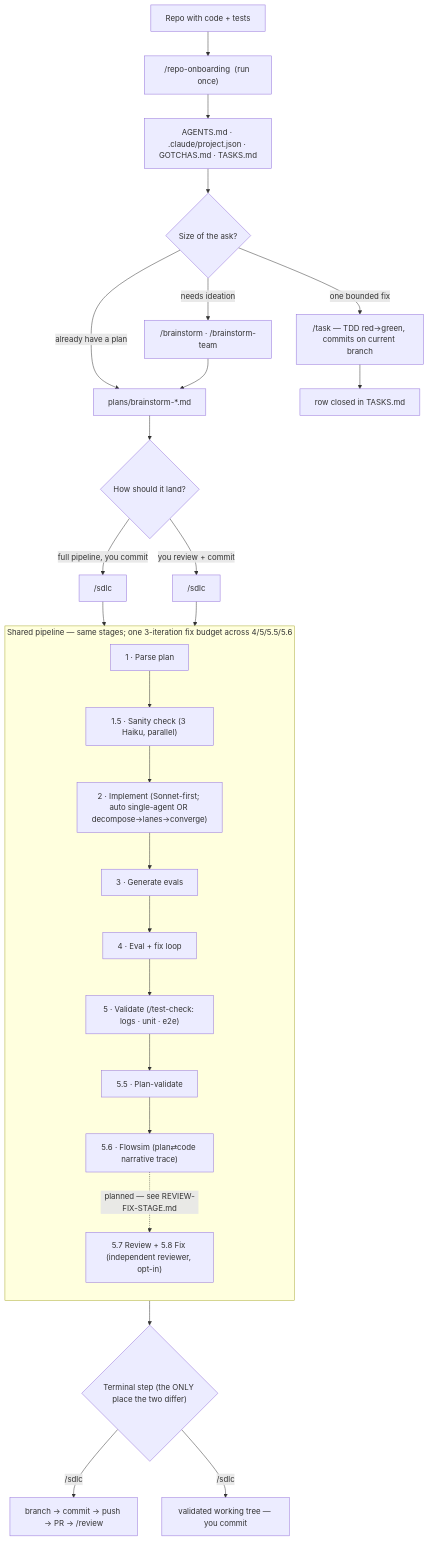
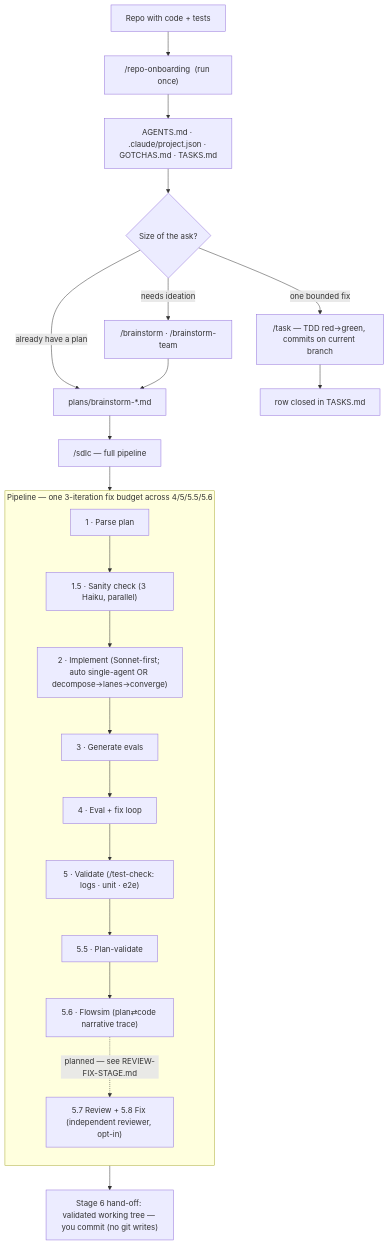
One commit to exerias21/brainstorm-toolkit changed the diagram in docs/FLOW.md. Above: the diagram before and after it, drawn with Mermaid. The commit also changed other lines of this file and 42 other files, not shown here.

````diff
--- a/docs/FLOW.md
+++ b/docs/FLOW.md
@@ -23,32 +23,27 @@
 ```mermaid
 flowchart TD
     R["Repo with code + tests"] --> ONB["/repo-onboarding  (run once)"]
     ONB --> CFG["AGENTS.md · .claude/project.json · GOTCHAS.md · TASKS.md"]
     CFG --> PICK{"Size of the ask?"}
 
     PICK -->|"one bounded fix"| TASK["/task — TDD red→green, commits on current branch"]
     PICK -->|"needs ideation"| BS["/brainstorm · /brainstorm-team"]
     PICK -->|"already have a plan"| PLAN["plans/brainstorm-*.md"]
     BS --> PLAN
 
-    PLAN --> DELIV{"How should it land?"}
-    DELIV -->|"full pipeline, you commit"| SDLC["/sdlc"]
-    DELIV -->|"you review + commit"| LITE["/sdlc"]
+    PLAN --> SDLC["/sdlc — full pipeline"]
     SDLC --> PIPE
-    LITE --> PIPE
 
-    subgraph PIPE ["Shared pipeline — same stages; one 3-iteration fix budget across 4/5/5.5/5.6"]
+    subgraph PIPE ["Pipeline — one 3-iteration fix budget across 4/5/5.5/5.6"]
       direction TB
       S1["1 · Parse plan"] --> S15["1.5 · Sanity check (3 Haiku, parallel)"]
       S15 --> S2["2 · Implement (Sonnet-first; auto single-agent OR decompose→lanes→converge)"]
       S2 --> S3["3 · Generate evals"] --> S4["4 · Eval + fix loop"]
       S4 --> S5["5 · Validate (/test-check: logs · unit · e2e)"] --> S55["5.5 · Plan-validate"]
       S55 --> S56["5.6 · Flowsim (plan⇄code narrative trace)"]
       S56 -. "planned — see REVIEW-FIX-STAGE.md" .-> S57["5.7 Review + 5.8 Fix (independent reviewer, opt-in)"]
     end
 
-    PIPE --> OUT{"Terminal step (the ONLY place the two differ)"}
-    OUT -->|"/sdlc"| PR["branch → commit → push → PR → /review"]
-    OUT -->|"/sdlc"| HO["validated working tree — you commit"]
+    PIPE --> HO["Stage 6 hand-off: validated working tree — you commit (no git writes)"]
     TASK --> DONE["row closed in TASKS.md"]
 ```
````
